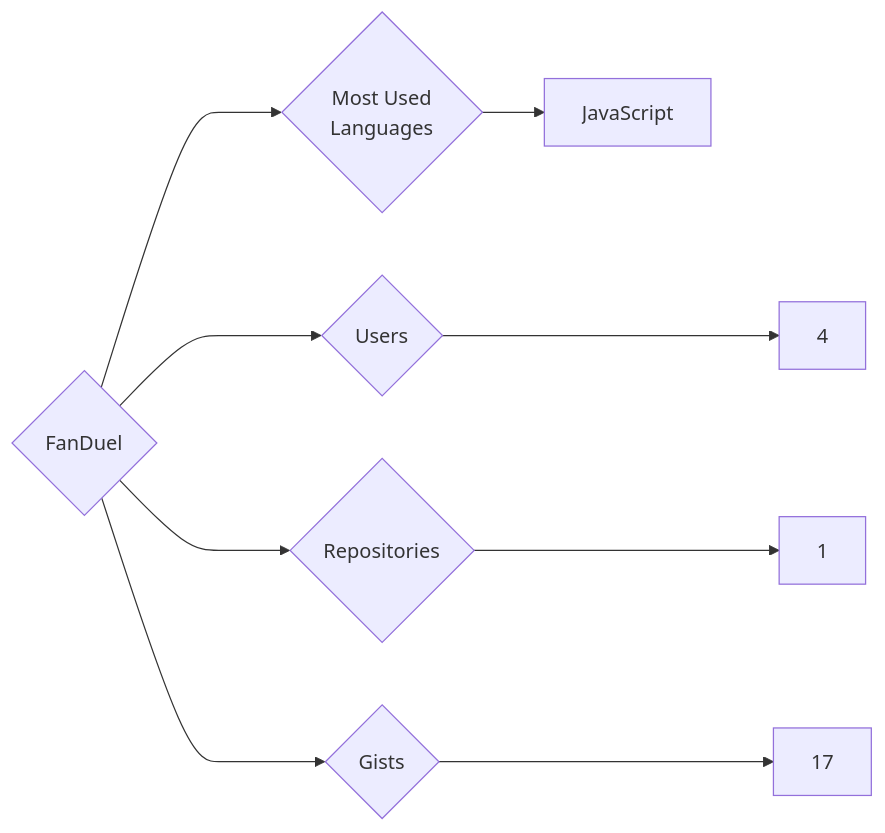
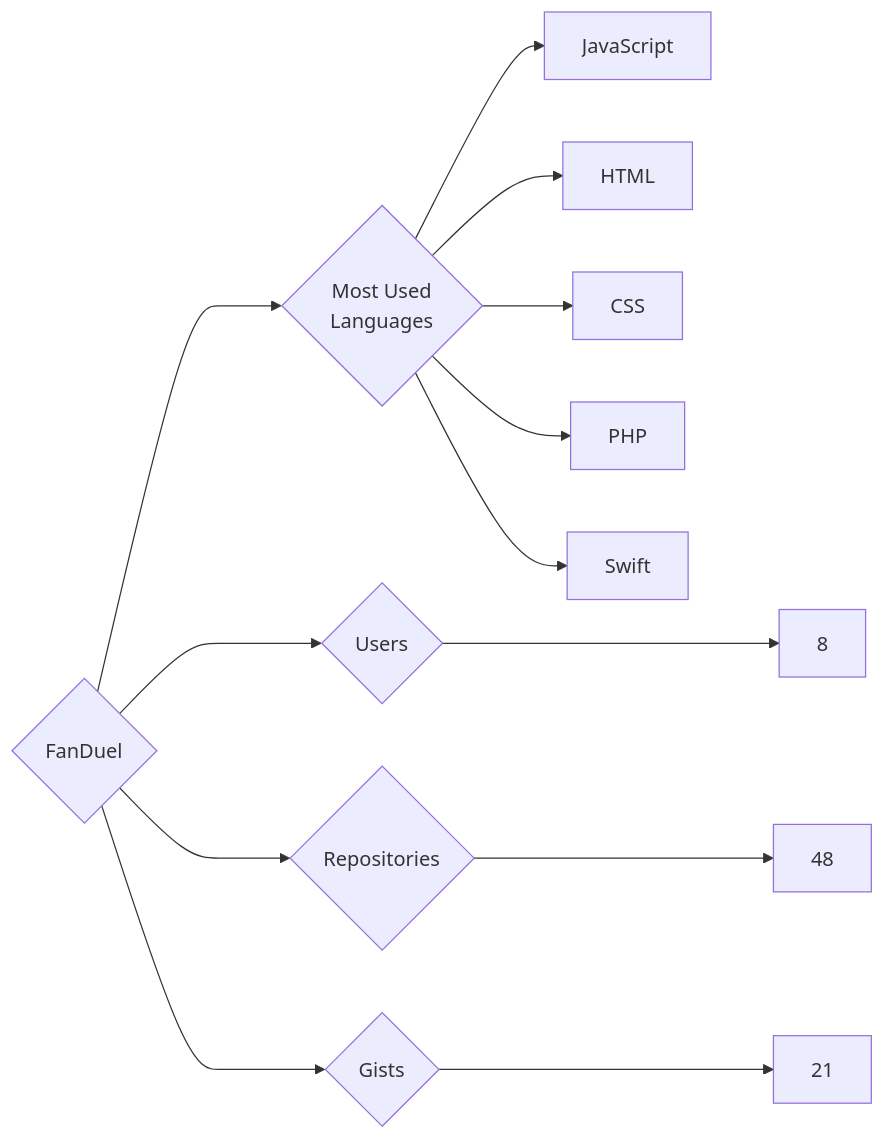
Before and after one commit to trickest/insiders: the diagram in targets/FanDuel/README.md, drawn with Mermaid. The commit also changed 1007 other files, not shown here.

````diff
--- a/targets/FanDuel/README.md
+++ b/targets/FanDuel/README.md
@@ -3,9 +3,13 @@
 ```mermaid
 graph LR
 COMPANY_NAME{FanDuel}
-COMPANY_NAME ---> U{Users} ---> UN[4]
-COMPANY_NAME ---> R{Repositories} ---> RN[1]
-COMPANY_NAME ---> G{Gists} ---> GN[17]
+COMPANY_NAME ---> U{Users} ---> UN[8]
+COMPANY_NAME ---> R{Repositories} ---> RN[48]
+COMPANY_NAME ---> G{Gists} ---> GN[21]
 COMPANY_NAME ---> ML{Most Used<br>Languages}
 ML --> JavaScript[JavaScript]
+ML --> HTML[HTML]
+ML --> CSS[CSS]
+ML --> PHP[PHP]
+ML --> Swift[Swift]
 ```
````
